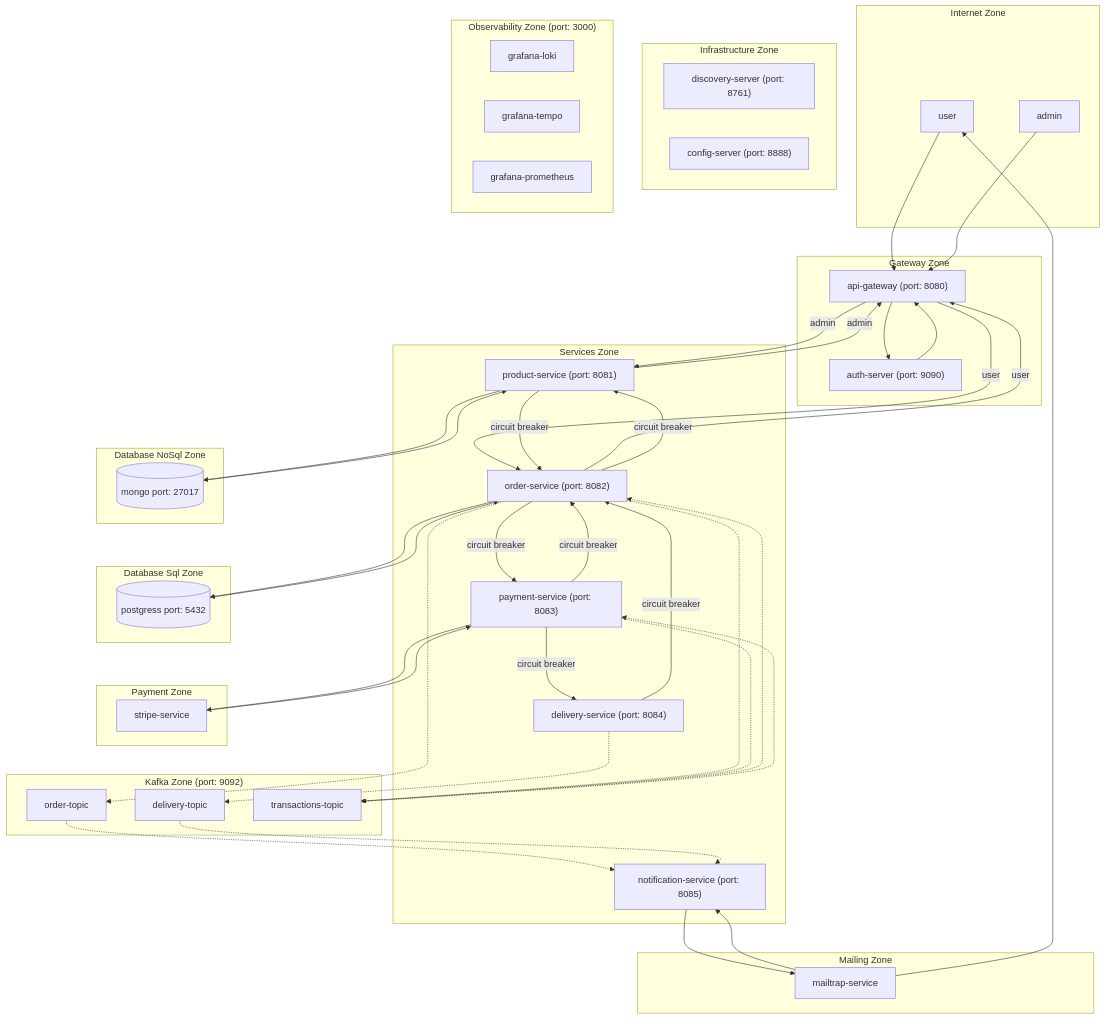
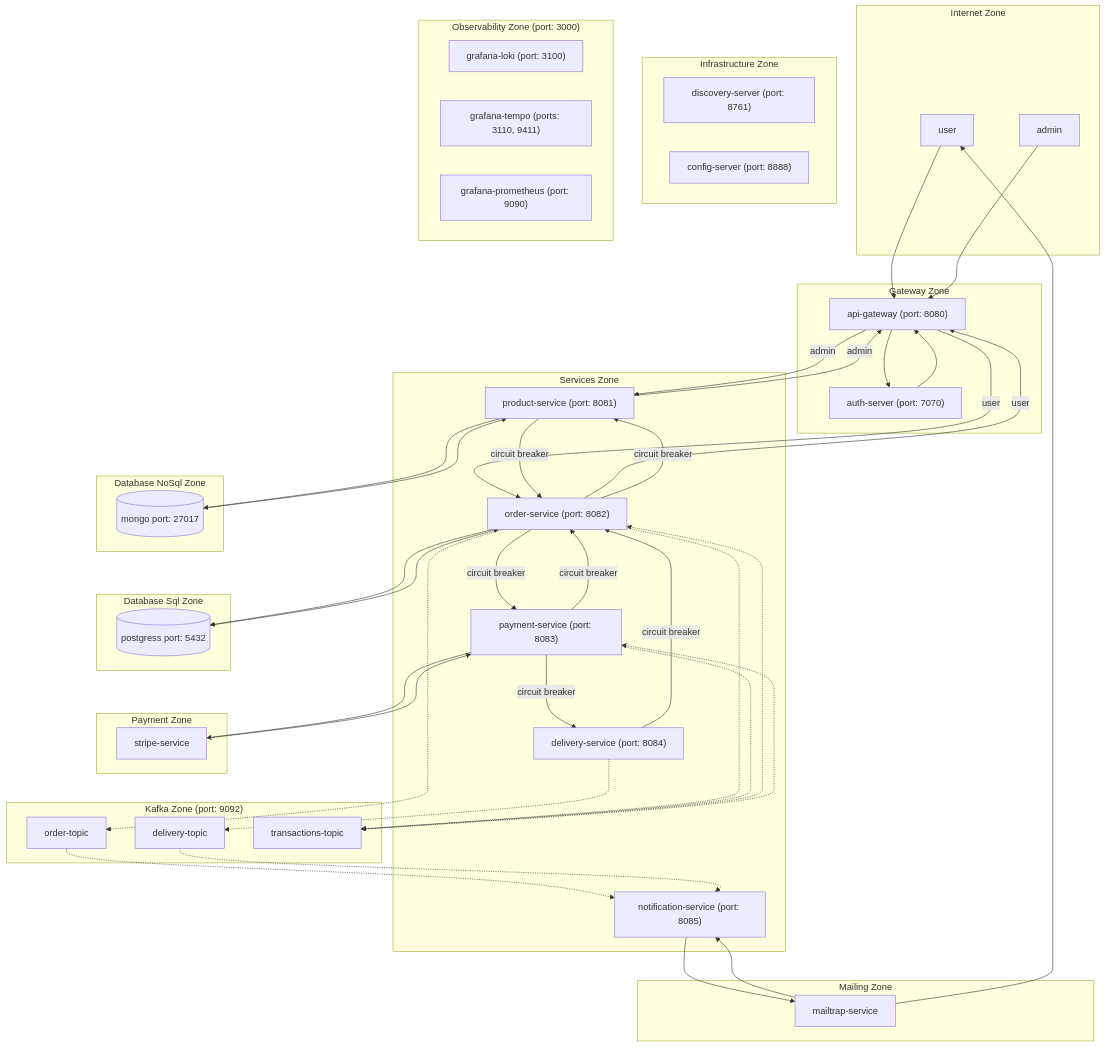
Before and after one commit to wisniewskikr/mermaid: the diagram in ecommerce-virtual.md, drawn with Mermaid.

Commit message:
Update ecommerce-virtual graph

```diff
--- a/ecommerce-virtual.md
+++ b/ecommerce-virtual.md
@@ -8,7 +8,7 @@
 
         subgraph Gateway Zone
             api-gateway["api-gateway (port: 8080)"]
-            auth-server["auth-server (port: 9090)"]
+            auth-server["auth-server (port: 7070)"]
         end
         
         subgraph Services Zone
@@ -25,9 +25,9 @@
         end
 
         subgraph Observability Zone["Observability Zone (port: 3000)"]
-            grafana-loki
-            grafana-tempo
-            grafana-prometheus  
+            grafana-loki["grafana-loki (port: 3100)"]
+            grafana-tempo["grafana-tempo (ports: 3110, 9411)"]
+            grafana-prometheus["grafana-prometheus (port: 9090)"]  
         end
 
         subgraph Mailing Zone
```
